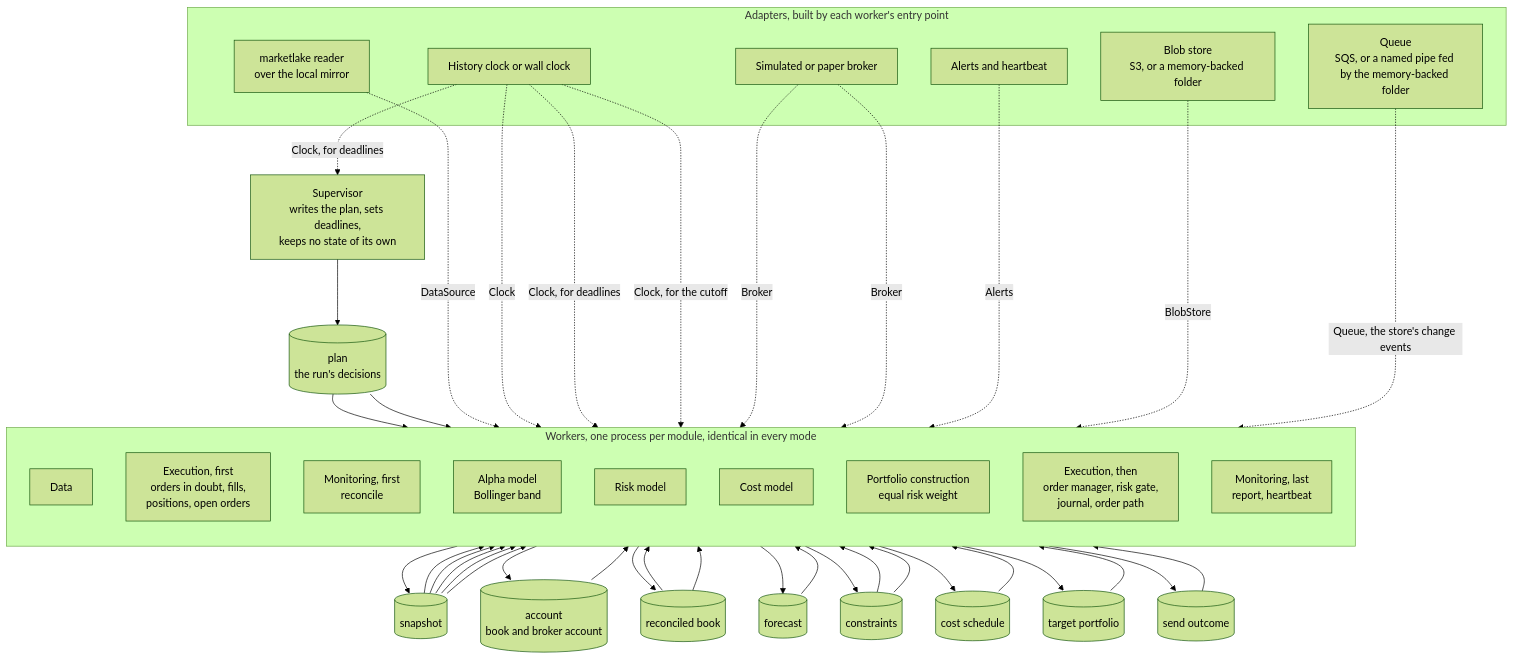
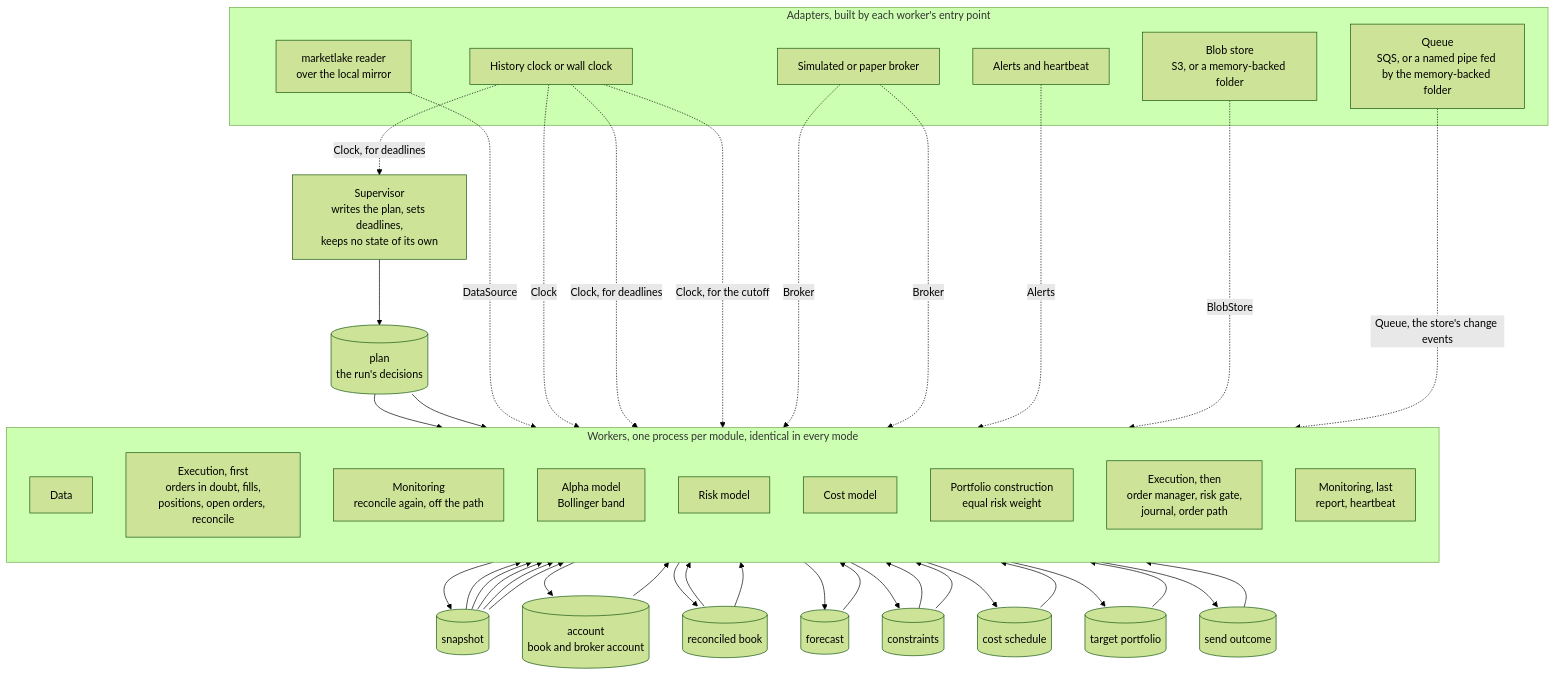
One commit to l3a0/ithildin-runtime changed the second of 16 diagrams in docs/architecture.md. Above: the diagram before and after it, drawn with Mermaid (forest theme). The commit also changed other lines of this file and 1 other file, not shown here.

````diff
--- a/docs/architecture.md
+++ b/docs/architecture.md
@@ -300,66 +300,67 @@
 ```mermaid
 flowchart TB
     sup["Supervisor<br/>writes the plan, sets deadlines,<br/>keeps no state of its own"]
     plan[("plan<br/>the run's decisions")]
     sup --> plan
 
     subgraph workers["Workers, one process per module, identical in every mode"]
         direction TB
         data["Data"]
-        exec_recover["Execution, first<br/>orders in doubt, fills,<br/>positions, open orders"]
-        mon_recon["Monitoring, first<br/>reconcile"]
+        exec_recover["Execution, first<br/>orders in doubt, fills,<br/>positions, open orders, reconcile"]
+        mon_recon["Monitoring<br/>reconcile again, off the path"]
         alpha["Alpha model<br/>Bollinger band"]
         risk["Risk model"]
         cost["Cost model"]
         pc["Portfolio construction<br/>equal risk weight"]
         exec_send["Execution, then<br/>order manager, risk gate,<br/>journal, order path"]
         mon_report["Monitoring, last<br/>report, heartbeat"]
     end
 
     snap[("snapshot")]
     acct[("account<br/>book and broker account")]
     book[("reconciled book")]
     fc[("forecast")]
     cons[("constraints")]
     sched[("cost schedule")]
     target[("target portfolio")]
     outcome[("send outcome")]
 
     plan --> data
     plan --> exec_recover
     snap --> exec_recover
     data --> snap
-    exec_recover --> acct --> mon_recon --> book
+    exec_recover --> acct --> mon_recon
+    exec_recover --> book
     snap --> alpha --> fc
     snap --> risk
     book --> risk --> cons
     snap --> cost --> sched
     fc --> pc
     cons --> pc
     sched --> pc
     book --> pc --> target
     target --> exec_send
     cons --> exec_send
     snap --> exec_send
     exec_send --> outcome --> mon_report
 
     subgraph adapters["Adapters, built by each worker's entry point"]
         lakesrc["marketlake reader<br/>over the local mirror"]
         clock["History clock or wall clock"]
         broker["Simulated or paper broker"]
         store["Blob store<br/>S3, or a memory-backed folder"]
         alertsink["Alerts and heartbeat"]
         queue["Queue<br/>SQS, or a named pipe fed by the memory-backed folder"]
     end
 
     lakesrc -. "DataSource" .-> data
     clock -. "Clock" .-> data
         clock -. "Clock, for deadlines" .-> sup
     clock -. "Clock, for deadlines" .-> mon_report
     clock -. "Clock, for the cutoff" .-> exec_send
     broker -. "Broker" .-> exec_recover
     broker -. "Broker" .-> exec_send
     store -. "BlobStore" .-> workers
     alertsink -. "Alerts" .-> mon_report
         queue -. "Queue, the store's change events" .-> workers
 ```
````
